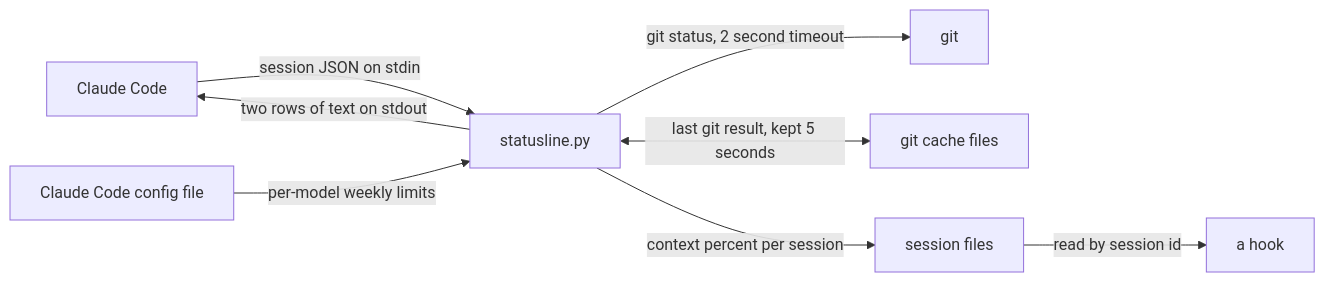
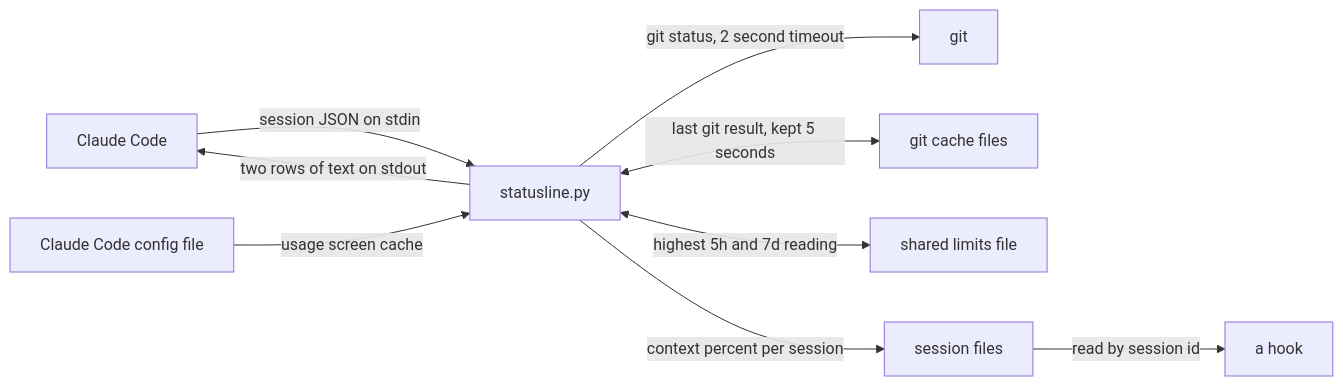
The diagram in README.md (duplonicus/claude-statusline), drawn with Mermaid before and after one commit. The commit also changed other lines of this file and 2 other files, not shown here.

First line of the commit message:
5h/7d gauges take the highest reading across sessions and /usage

````diff
--- a/README.md
+++ b/README.md
@@ -93,10 +99,11 @@
 ```mermaid
 flowchart LR
     CC[Claude Code] -->|session JSON on stdin| S[statusline.py]
     S -->|two rows of text on stdout| CC
     S -->|git status, 2 second timeout| G[git]
     S <-->|last git result, kept 5 seconds| GC[git cache files]
-    U[Claude Code config file] -->|per-model weekly limits| S
+    U[Claude Code config file] -->|usage screen cache| S
+    S <-->|highest 5h and 7d reading| LP[shared limits file]
     S -->|context percent per session| SF[session files]
     SF -->|read by session id| H[a hook]
 ```
````
